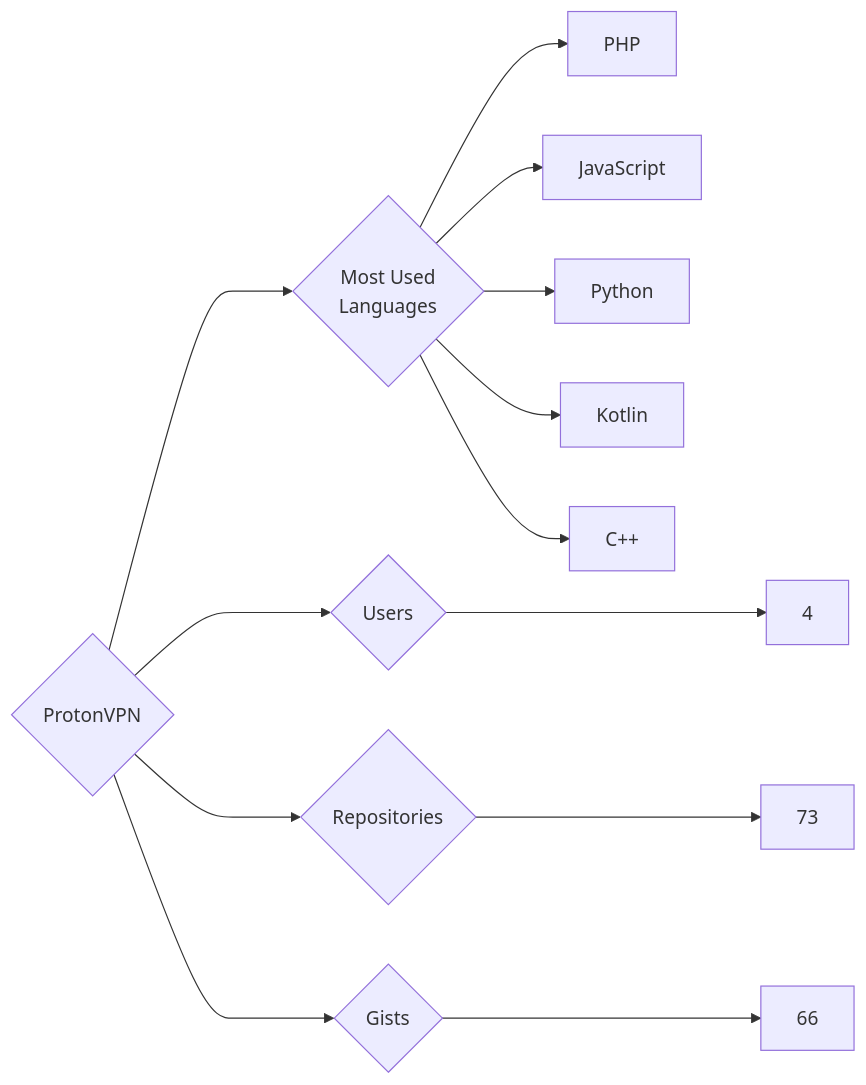
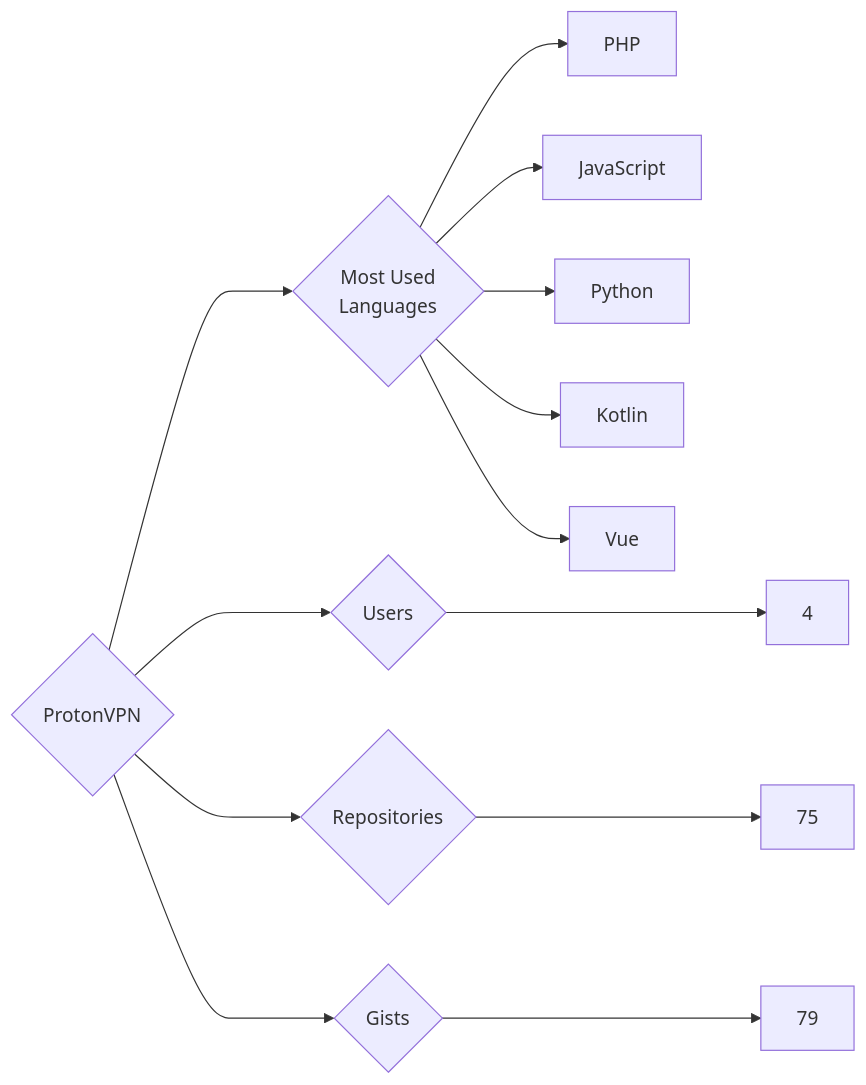
Before and after one commit to trickest/insiders: the diagram in targets/ProtonVPN/README.md, drawn with Mermaid. The commit also changed 953 other files, not shown here.

````diff
--- a/targets/ProtonVPN/README.md
+++ b/targets/ProtonVPN/README.md
@@ -3,13 +3,13 @@
 ```mermaid
 graph LR
 COMPANY_NAME{ProtonVPN}
 COMPANY_NAME ---> U{Users} ---> UN[4]
-COMPANY_NAME ---> R{Repositories} ---> RN[73]
-COMPANY_NAME ---> G{Gists} ---> GN[66]
+COMPANY_NAME ---> R{Repositories} ---> RN[75]
+COMPANY_NAME ---> G{Gists} ---> GN[79]
 COMPANY_NAME ---> ML{Most Used<br>Languages}
 ML --> PHP[PHP]
 ML --> JavaScript[JavaScript]
 ML --> Python[Python]
 ML --> Kotlin[Kotlin]
-ML --> C++[C++]
+ML --> Vue[Vue]
 ```
````
